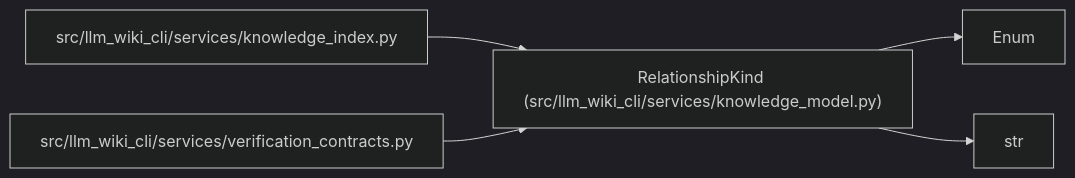
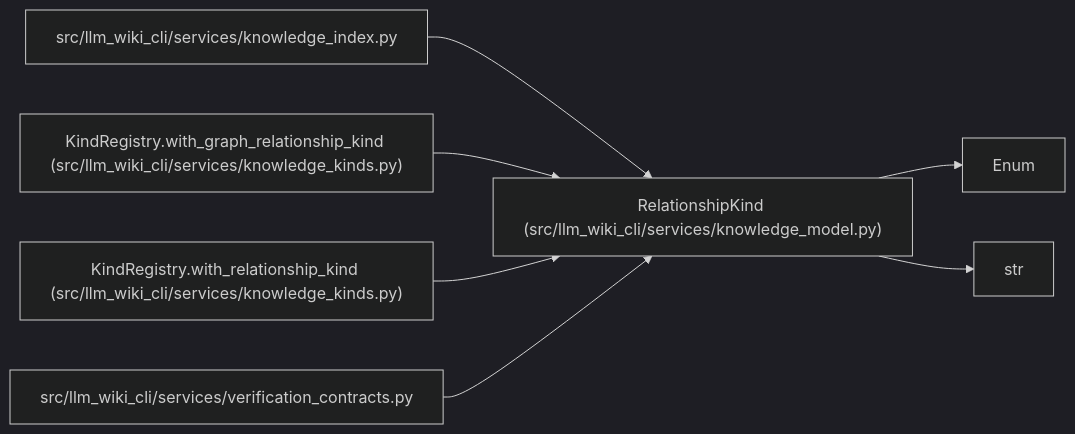
One commit to Denissvgn/python-wiki-llm changed the diagram in docs/llm_wiki/entities/RelationshipKind.md. Above: the diagram before and after it, drawn with Mermaid (dark theme). The commit also changed other lines of this file and 1555 other files, not shown here.

````diff
--- a/docs/llm_wiki/entities/RelationshipKind.md
+++ b/docs/llm_wiki/entities/RelationshipKind.md
@@ -26,15 +26,21 @@
 ```mermaid
 flowchart LR
     n0["RelationshipKind (src/llm_wiki_cli/services/knowledge_model.py)"]
     n1["Enum"]
     n2["str"]
     n3["src/llm_wiki_cli/services/knowledge_index.py"]
-    n4["src/llm_wiki_cli/services/verification_contracts.py"]
+    n4["KindRegistry.with_graph_relationship_kind (src/llm_wiki_cli/services/knowledge_kinds.py)"]
+    n5["KindRegistry.with_relationship_kind (src/llm_wiki_cli/services/knowledge_kinds.py)"]
+    n6["src/llm_wiki_cli/services/verification_contracts.py"]
     n0 --> n1
     n0 --> n2
     n3 --> n0
     n4 --> n0
+    n5 --> n0
+    n6 --> n0
     click n0 "../modules/knowledge_model.md"
     click n3 "../modules/knowledge_index.md"
-    click n4 "../modules/verification_contracts.md"
+    click n4 "../modules/knowledge_kinds.md"
+    click n5 "../modules/knowledge_kinds.md"
+    click n6 "../modules/verification_contracts.md"
 ```
````
